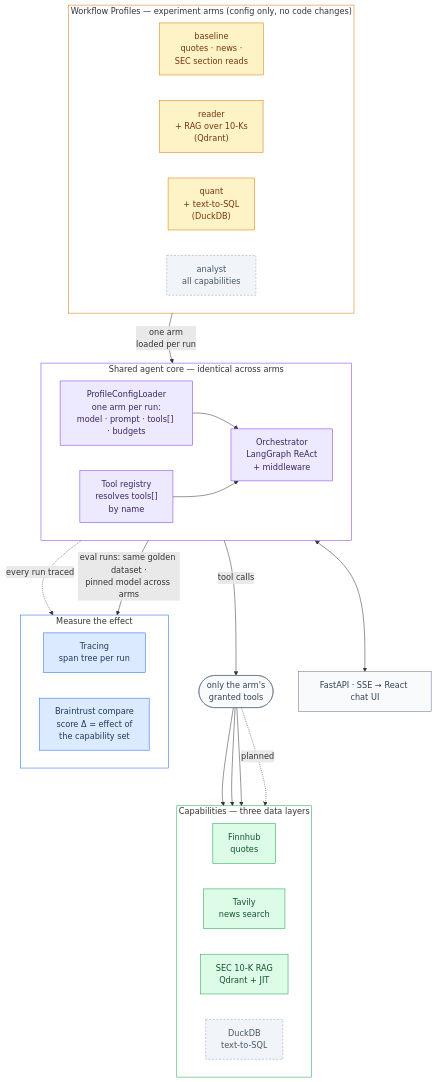
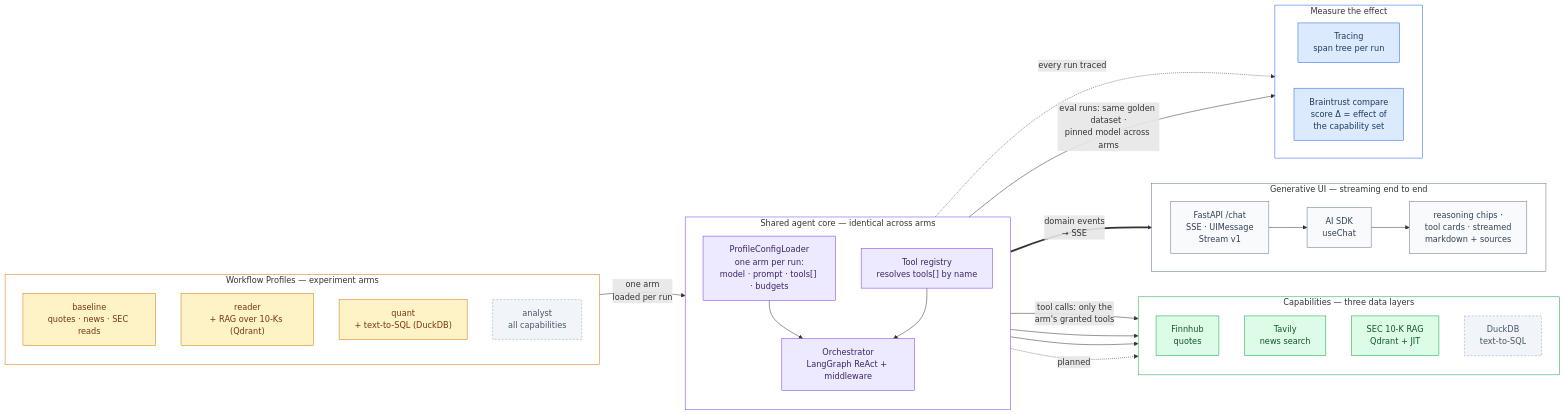
Before and after one commit to wei-yiting/fin-lab-x: the first of 5 diagrams in README.md, drawn with Mermaid.

Commit message:
docs(readme): horizontal architecture layout, expanded generative UI chain
flowchart LR with arms and capabilities as side columns; Generative UI
becomes a first-class subgraph (FastAPI SSE → AI SDK useChat →
reasoning chips / tool cards / streamed markdown) fed by a bold
domain-events edge.

````diff
--- a/README.md
+++ b/README.md
@@ -20,65 +20,71 @@
 ```mermaid
-flowchart TB
-    subgraph Arms["Workflow Profiles — experiment arms (config only, no code changes)"]
-        direction LR
-        P1["baseline<br/>quotes · news ·<br/>SEC section reads"]
-        P2["reader<br/>+ RAG over 10-Ks<br/>(Qdrant)"]
-        P3["quant<br/>+ text-to-SQL<br/>(DuckDB)"]
+flowchart LR
+    subgraph Arms["Workflow Profiles — experiment arms"]
+        direction TB
+        P1["baseline<br/>quotes · news · SEC reads"]
+        P2["reader<br/>+ RAG over 10-Ks (Qdrant)"]
+        P3["quant<br/>+ text-to-SQL (DuckDB)"]
         P4["analyst<br/>all capabilities"]
     end
 
     subgraph Core["Shared agent core — identical across arms"]
-        direction LR
+        direction TB
         LOADER["ProfileConfigLoader<br/>one arm per run:<br/>model · prompt · tools[] · budgets"]
-        ORCH["Orchestrator<br/>LangGraph ReAct<br/>+ middleware"]
-        REG["Tool registry<br/>resolves tools[]<br/>by name"]
+        ORCH["Orchestrator<br/>LangGraph ReAct + middleware"]
+        REG["Tool registry<br/>resolves tools[] by name"]
+        LOADER --> ORCH
+        REG --> ORCH
     end
 
     subgraph Caps["Capabilities — three data layers"]
-        direction LR
+        direction TB
         FINN["Finnhub<br/>quotes"]
         TAV["Tavily<br/>news search"]
         SECQ["SEC 10-K RAG<br/>Qdrant + JIT"]
         DUCK["DuckDB<br/>text-to-SQL"]
+    end
+
+    subgraph GenUI["Generative UI — streaming end to end"]
+        direction LR
+        SSE["FastAPI /chat<br/>SSE · UIMessage<br/>Stream v1"]
+        HOOK["AI SDK<br/>useChat"]
+        RENDER["reasoning chips ·<br/>tool cards · streamed<br/>markdown + sources"]
+        SSE --> HOOK --> RENDER
     end
 
     subgraph Measure["Measure the effect"]
         direction LR
         LF["Tracing<br/>span tree per run"]
         BT["Braintrust compare<br/>score Δ = effect of<br/>the capability set"]
     end
 
     P1 -- "one arm<br/>loaded per run" --> LOADER
     P2 ~~~ LOADER
     P3 ~~~ LOADER
     P4 ~~~ LOADER
-    LOADER --> ORCH
-    REG --> ORCH
-    ORCH -- "tool calls" --> TC(["only the arm's<br/>granted tools"])
-    TC --> FINN & TAV & SECQ
-    TC -.->|planned| DUCK
+    ORCH -- "tool calls: only the<br/>arm's granted tools" --> FINN
+    ORCH --> TAV & SECQ
+    ORCH -.->|planned| DUCK
+    ORCH == "domain events<br/>→ SSE" ==> SSE
     ORCH -. "every run traced" .-> LF
     ORCH -- "eval runs: same golden dataset ·<br/>pinned model across arms" --> BT
-
-    UI["FastAPI · SSE → React chat UI"]
-    ORCH <--> UI
 
     classDef arm fill:#fef3c7,stroke:#d97706,color:#78350f
     classDef core fill:#ede9fe,stroke:#7c3aed,color:#3b2764
     classDef cap fill:#dcfce7,stroke:#16a34a,color:#14532d
     classDef planned fill:#f1f5f9,stroke:#94a3b8,color:#475569,stroke-dasharray:4 3
     classDef measure fill:#dbeafe,stroke:#2563eb,color:#1e3a5f
     classDef ui fill:#f8fafc,stroke:#64748b,color:#334155
     class P1,P2,P3 arm
     class P4 planned
     class LOADER,ORCH,REG core
     class FINN,TAV,SECQ cap
     class DUCK planned
     class LF,BT measure
-    class UI ui
-    style TC fill:#f8fafc,stroke:#64748b,color:#334155
+    class SSE,HOOK,RENDER ui
     style Arms fill:transparent,stroke:#d97706
     style Core fill:transparent,stroke:#7c3aed
     style Caps fill:transparent,stroke:#16a34a
+    style GenUI fill:transparent,stroke:#64748b
     style Measure fill:transparent,stroke:#2563eb
 ```
````
